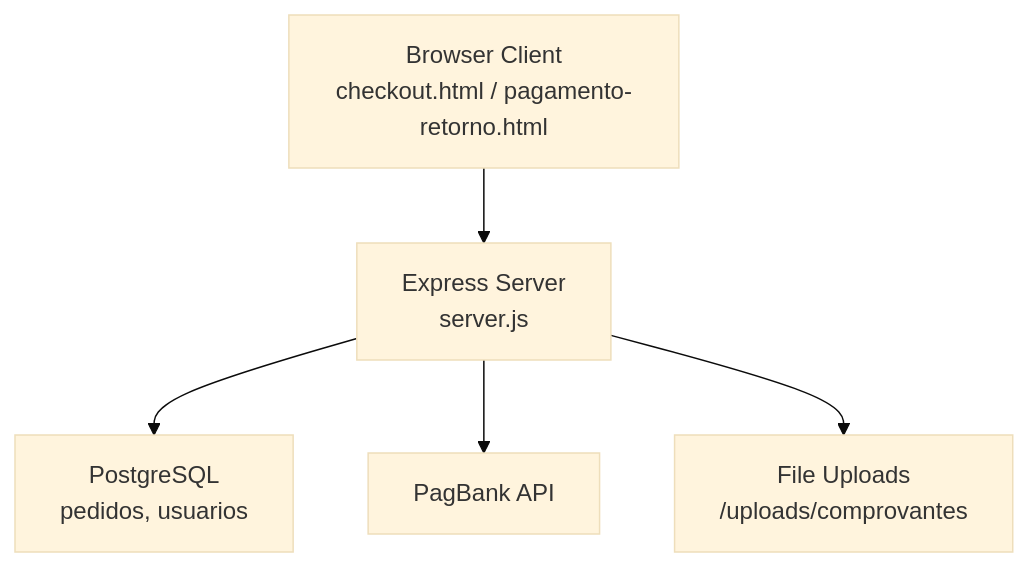
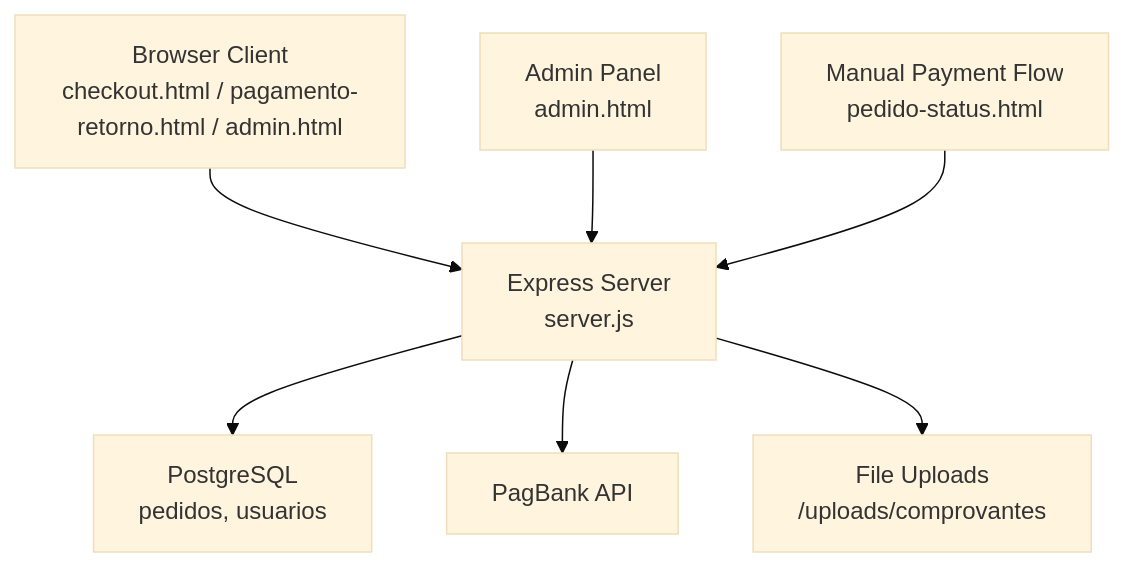
Before and after one commit to Alexandrexicara/qretiquetas.com: the first of 6 diagrams in .qoder/repowiki/en/content/Backend API Reference/Backend API Reference.md, drawn with Mermaid (base theme). The commit also changed other lines of this file and 6 other files, not shown here.

````diff
--- a/.qoder/repowiki/en/content/Backend API Reference/Backend API Reference.md
+++ b/.qoder/repowiki/en/content/Backend API Reference/Backend API Reference.md
@@ -37,7 +51,9 @@
 ```mermaid
 graph TB
-Client["Browser Client<br/>checkout.html / pagamento-retorno.html"] --> API["Express Server<br/>server.js"]
+Client["Browser Client<br/>checkout.html / pagamento-retorno.html / admin.html"] --> API["Express Server<br/>server.js"]
 API --> PG["PostgreSQL<br/>pedidos, usuarios"]
 API --> PB["PagBank API"]
 API --> FS["File Uploads<br/>/uploads/comprovantes"]
+AdminPanel["Admin Panel<br/>admin.html"] --> API
+ManualFlow["Manual Payment Flow<br/>pedido-status.html"] --> API
 ```
````
